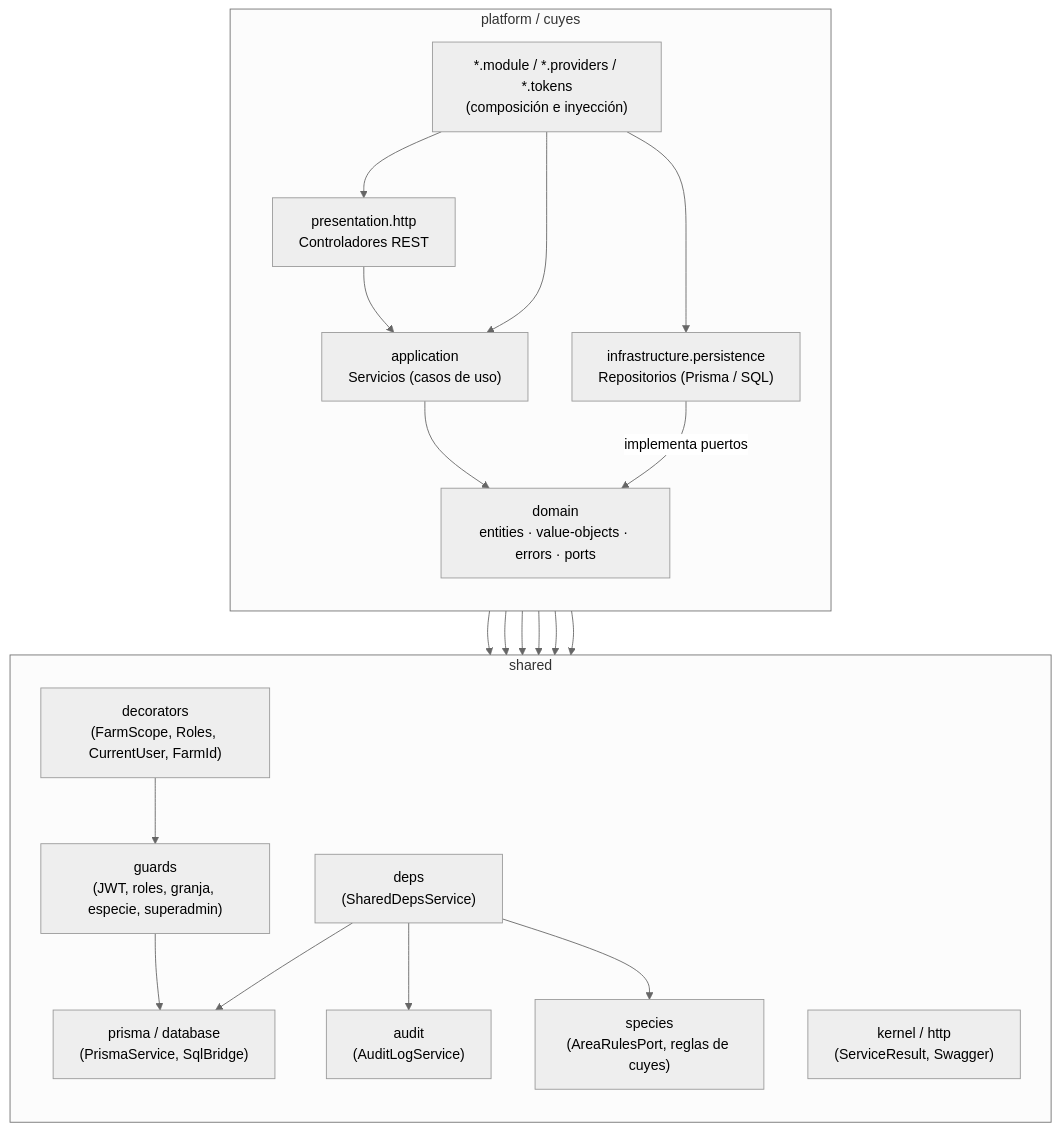
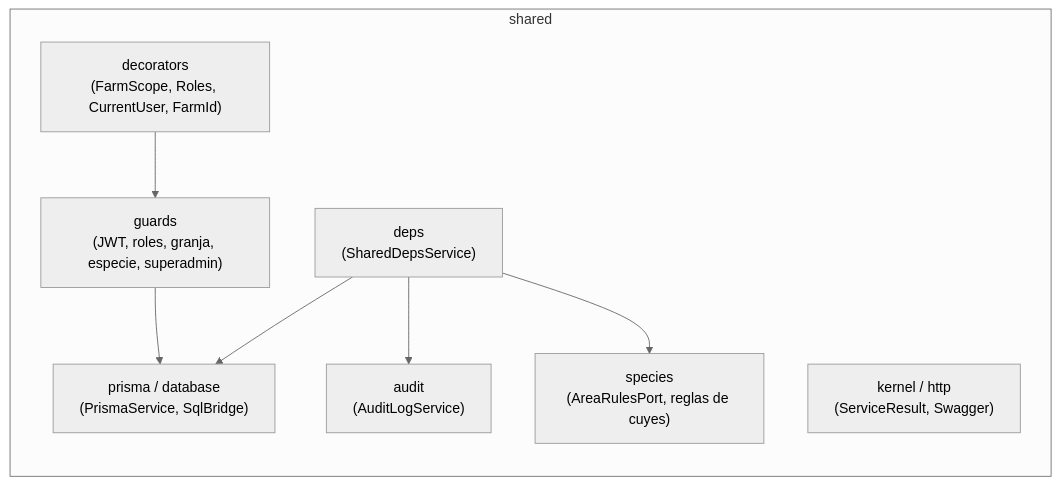
Before and after one commit to juan745Guevara/Cuy-system: the fourth of 4 diagrams in docs/entrega_01/09.md, drawn with Mermaid (neutral theme). The commit also changed other lines of this file and 22 other files, not shown here.

````diff
--- a/docs/entrega_01/09.md
+++ b/docs/entrega_01/09.md
@@ -49,41 +97,18 @@
 ```mermaid
 flowchart TB
-  subgraph MOD["platform / cuyes"]
-    direction TB
-    presentation["presentation.http<br/>Controladores REST"]
-    application["application<br/>Servicios (casos de uso)"]
-    domain["domain<br/>entities · value-objects · errors · ports"]
-    infrastructure["infrastructure.persistence<br/>Repositorios (Prisma / SQL)"]
-    providers["*.module / *.providers / *.tokens<br/>(composición e inyección)"]
-
-    presentation --> application
-    application --> domain
-    infrastructure -- "implementa puertos" --> domain
-    providers --> presentation
-    providers --> application
-    providers --> infrastructure
-  end
-
-  subgraph SH["shared"]
-    direction TB
-    guards["guards<br/>(JWT, roles, granja, especie, superadmin)"]
-    decorators["decorators<br/>(FarmScope, Roles, CurrentUser, FarmId)"]
-    kernel["kernel / http<br/>(ServiceResult, Swagger)"]
-    audit["audit<br/>(AuditLogService)"]
-    db["prisma / database<br/>(PrismaService, SqlBridge)"]
-    species["species<br/>(AreaRulesPort, reglas de cuyes)"]
-    deps["deps<br/>(SharedDepsService)"]
-    deps --> db
-    deps --> audit
-    deps --> species
-    guards --> db
-    decorators --> guards
-  end
-
-  presentation --> decorators
-  presentation --> guards
-  presentation --> kernel
-  application --> kernel
-  application --> deps
-  infrastructure --> deps
+    subgraph SH["shared"]
+        direction TB
+        decorators["decorators<br/>(FarmScope, Roles, CurrentUser, FarmId)"]
+        guards["guards<br/>(JWT, roles, granja, especie, superadmin)"]
+        kernel["kernel / http<br/>(ServiceResult, Swagger)"]
+        audit["audit<br/>(AuditLogService)"]
+        db["prisma / database<br/>(PrismaService, SqlBridge)"]
+        species["species<br/>(AreaRulesPort, reglas de cuyes)"]
+        deps["deps<br/>(SharedDepsService)"]
+        decorators --> guards
+        guards --> db
+        deps --> db
+        deps --> audit
+        deps --> species
+    end
 ```
````
